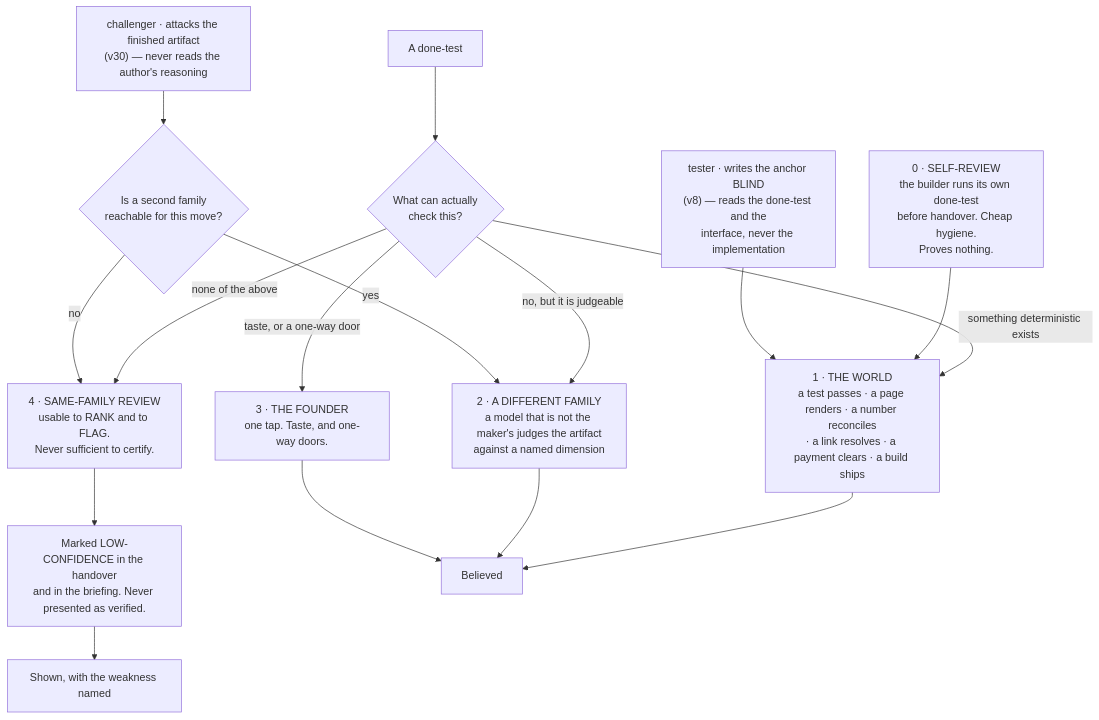
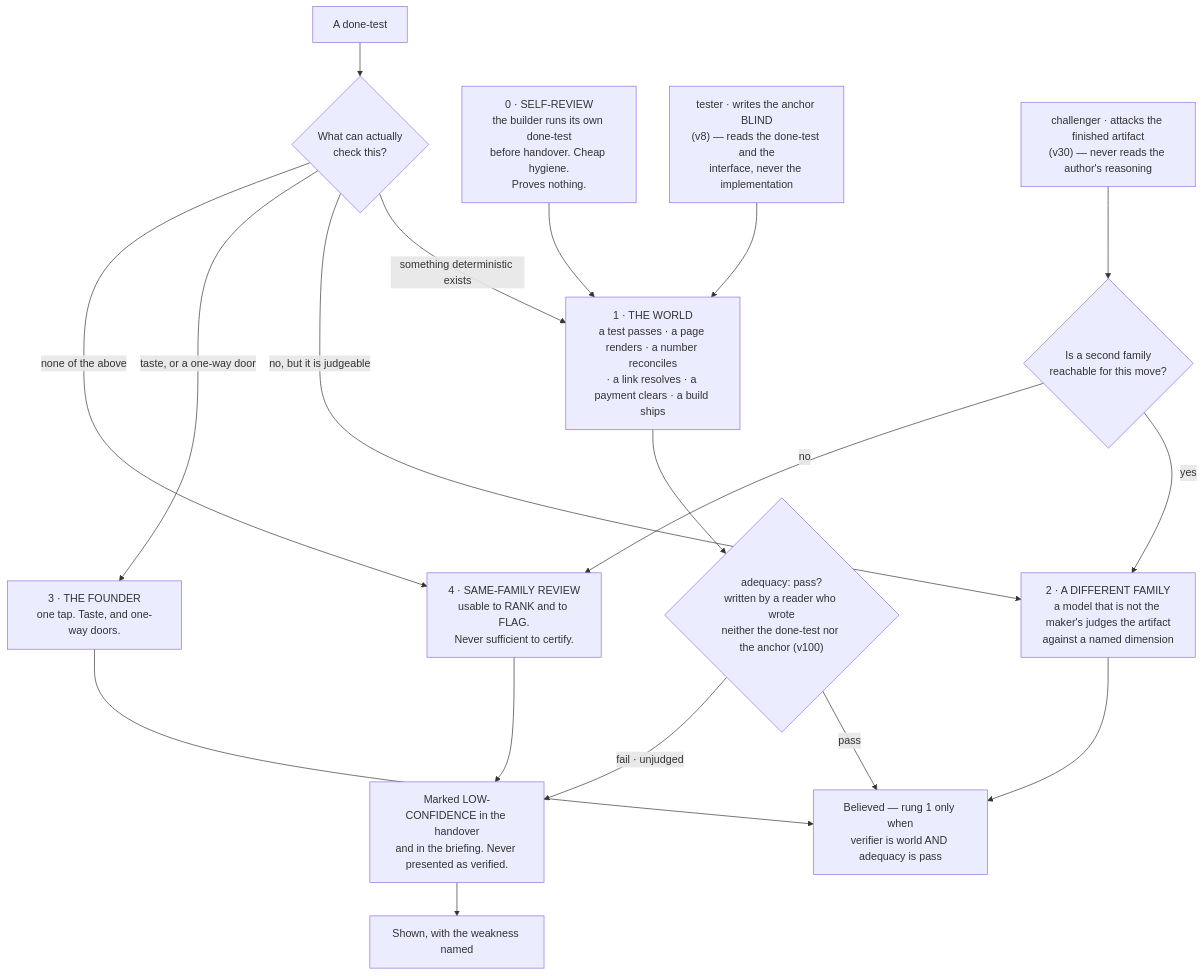
Before and after one commit to Adam077K/agentvibe: the first of 4 diagrams in docs/03-system-design/final-v2/parts/11-truth.md, drawn with Mermaid. The commit also changed other lines of this file and 3 other files, not shown here.

````diff
--- a/docs/03-system-design/final-v2/parts/11-truth.md
+++ b/docs/03-system-design/final-v2/parts/11-truth.md
@@ -34,23 +36,25 @@
 ```mermaid
 flowchart TD
     D["A done-test"] --> PICK{"What can actually<br/>check this?"}
     PICK -->|"something deterministic exists"| A1
     PICK -->|"no, but it is judgeable"| A2
     PICK -->|"taste, or a one-way door"| A3
     PICK -->|"none of the above"| A4
     A1["1 · THE WORLD<br/>a test passes · a page renders · a number reconciles<br/>· a link resolves · a payment clears · a build ships"]
     A2["2 · A DIFFERENT FAMILY<br/>a model that is not the maker's judges the artifact<br/>against a named dimension"]
     A3["3 · THE FOUNDER<br/>one tap. Taste, and one-way doors."]
     A4["4 · SAME-FAMILY REVIEW<br/>usable to RANK and to FLAG.<br/>Never sufficient to certify."]
     A0["0 · SELF-REVIEW<br/>the builder runs its own done-test<br/>before handover. Cheap hygiene.<br/>Proves nothing."]
     A0 --> A1
     TEST["tester · writes the anchor BLIND<br/>(v8) — reads the done-test and the<br/>interface, never the implementation"] --> A1
     CHAL["challenger · attacks the finished artifact<br/>(v30) — never reads the author's reasoning"] --> FAMQ{"Is a second family<br/>reachable for this move?"}
     FAMQ -->|"yes"| A2
     FAMQ -->|"no"| A4
     A4 --> WARN["Marked LOW-CONFIDENCE in the handover<br/>and in the briefing. Never presented as verified."]
-    A1 --> BELIEVED["Believed"]
+    A1 --> ADQ{"adequacy: pass?<br/>written by a reader who wrote<br/>neither the done-test nor the anchor (v100)"}
+    ADQ -->|"pass"| BELIEVED["Believed — rung 1 only when<br/>verifier is world AND adequacy is pass"]
+    ADQ -->|"fail · unjudged"| WARN
     A2 --> BELIEVED
     A3 --> BELIEVED
     WARN --> SHOWN["Shown, with the weakness named"]
 ```
````
